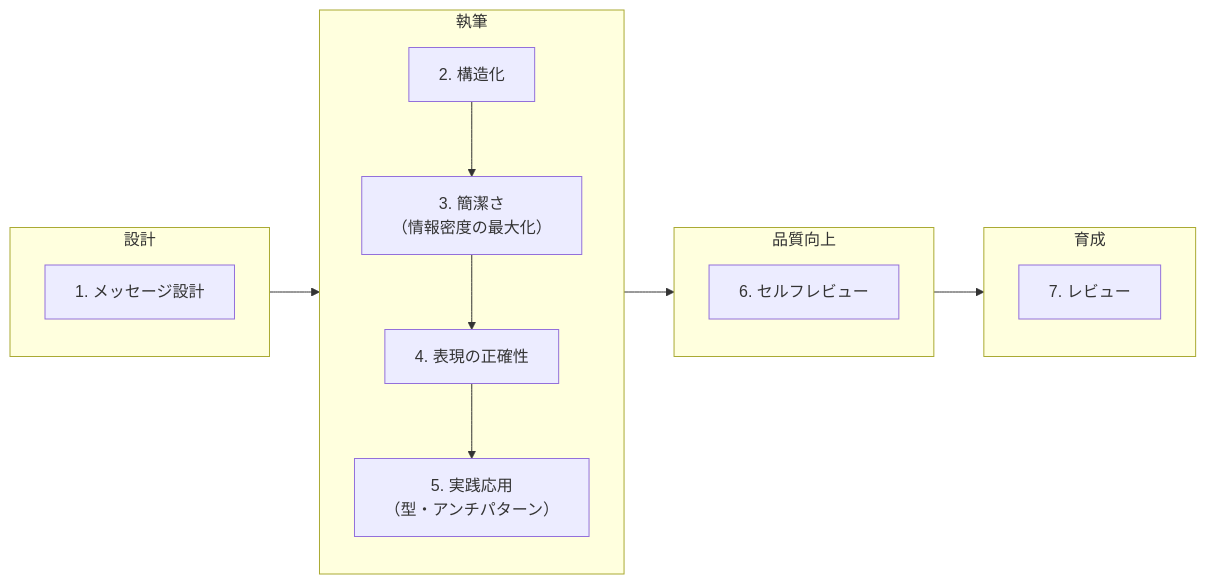
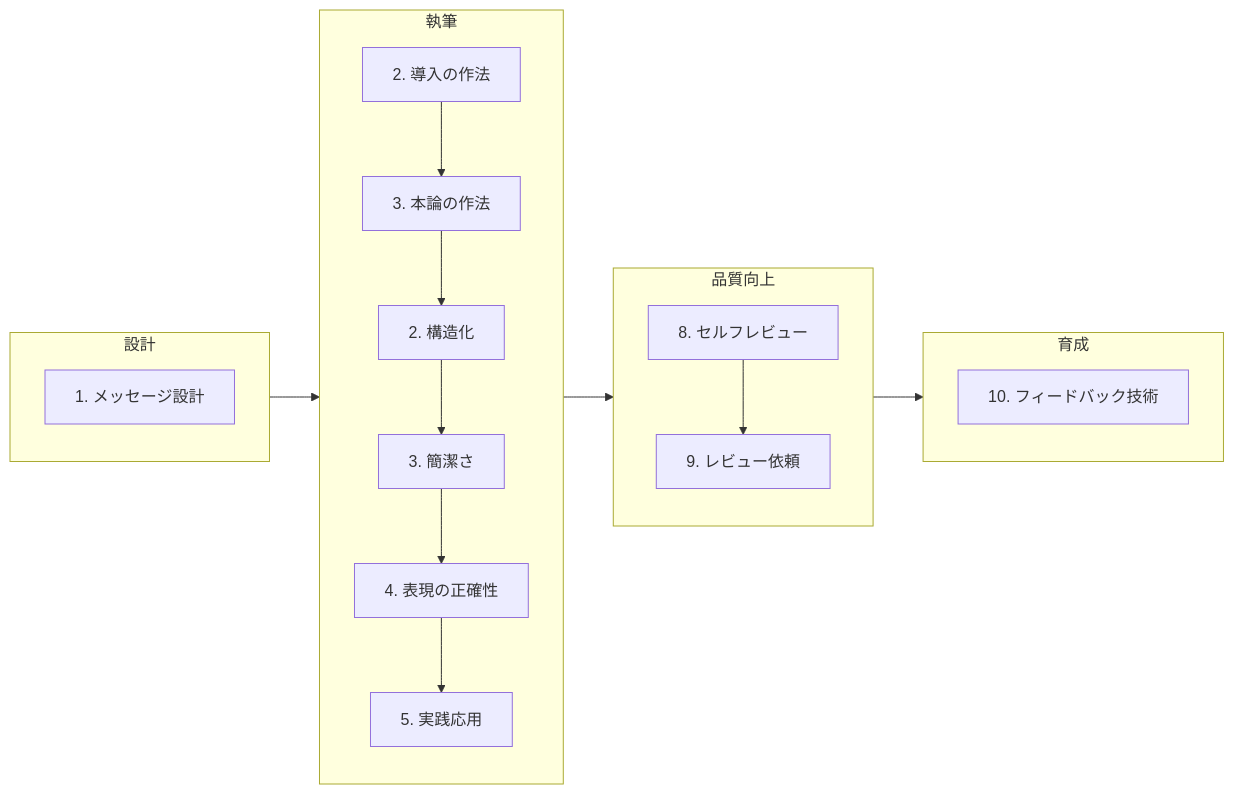
One commit to future-architect/arch-guidelines changed the diagram in documents/forTechnicalWriting/technical_writing_guidelines.md. Above: the diagram before and after it, drawn with Mermaid. The commit also changed other lines of this file, not shown here.

Commit message:
本書の構造をアップデート

````diff
--- a/documents/forTechnicalWriting/technical_writing_guidelines.md
+++ b/documents/forTechnicalWriting/technical_writing_guidelines.md
@@ -52,26 +55,31 @@
 ```mermaid
 flowchart LR
     subgraph sg1 [設計]
         direction TB
         step1["1. メッセージ設計"]
     end
     subgraph sg2 [執筆]
         direction TB
-        step2["2. 構造化"]
-        step3["3. 簡潔さ<br>（情報密度の最大化）"]
-        step4["4. 表現の正確性"]
-        step5["5. 実践応用<br>（型・アンチパターン）"]
+        step2["2. 導入の作法"]
+        step3["3. 本論の作法"]
+        step4["2. 構造化"]
+        step5["3. 簡潔さ"]
+        step6["4. 表現の正確性"]
+        step7["5. 実践応用"]
 
-        step2 --> step3 --> step4 --> step5
+        step2 --> step3 --> step4 --> step5 --> step6 --> step7
     end
     subgraph sg3 [品質向上]
         direction TB
-        step6["6. セルフレビュー"]
+        step8["8. セルフレビュー"]
+        step9["9. レビュー依頼"]
+
+        step8 --> step9
     end
         subgraph sg4 [育成]
         direction TB
-        step7["7. レビュー"]
+        step10["10. フィードバック技術"]
     end
 
     sg1 --> sg2 --> sg3 --> sg4
 ```
````
